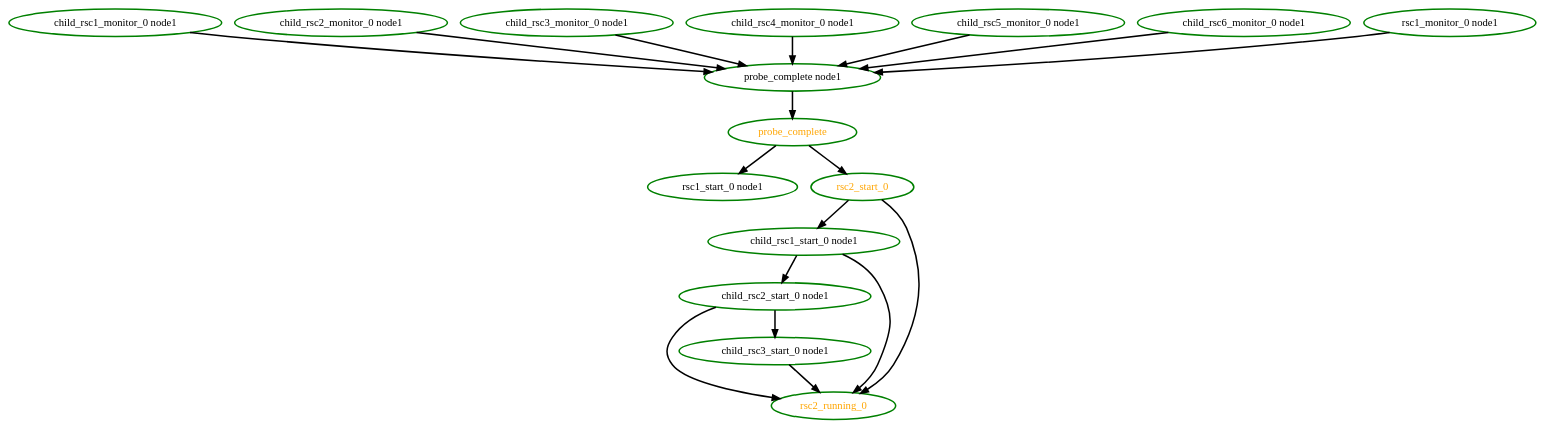
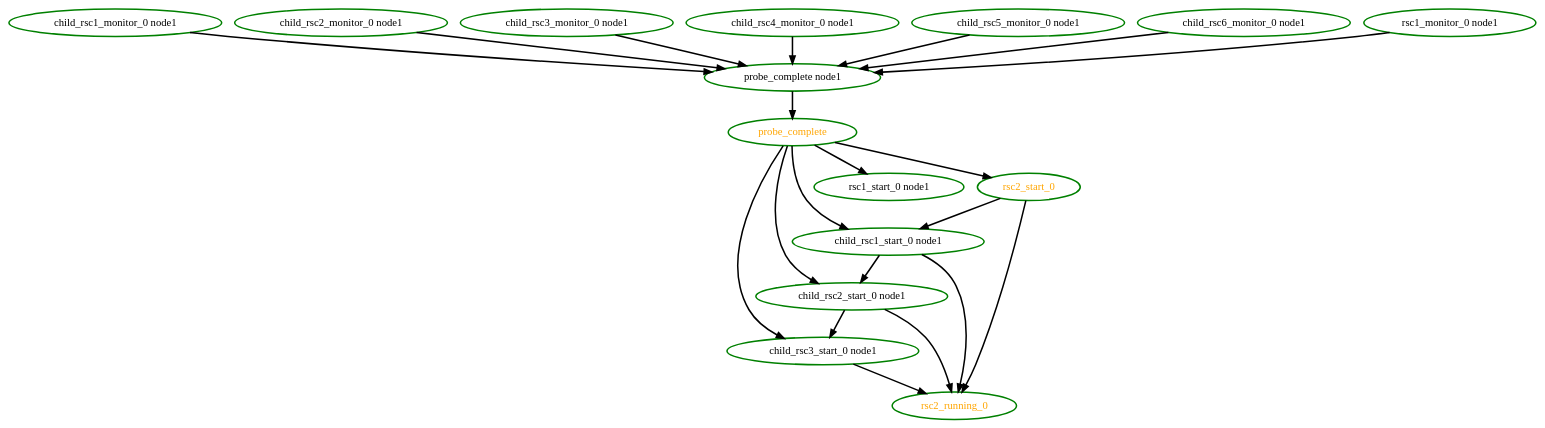
One commit to linux-ha-japan/pm_diskd changed the diagram in pengine/testcases/group8.dot. Above: the diagram before and after it, drawn with Graphviz. The commit also changed 57 other files, not shown here.

```diff
--- a/pengine/testcases/group8.dot
+++ b/pengine/testcases/group8.dot
@@ -1,34 +1,37 @@
  digraph "g" {
 "child_rsc1_monitor_0 node1" -> "probe_complete node1" [ style = bold]
 "child_rsc1_monitor_0 node1" [ style=bold color="green" fontcolor="black" ]
 "child_rsc1_start_0 node1" -> "child_rsc2_start_0 node1" [ style = bold]
 "child_rsc1_start_0 node1" -> "rsc2_running_0" [ style = bold]
 "child_rsc1_start_0 node1" [ style=bold color="green" fontcolor="black" ]
 "child_rsc2_monitor_0 node1" -> "probe_complete node1" [ style = bold]
 "child_rsc2_monitor_0 node1" [ style=bold color="green" fontcolor="black" ]
 "child_rsc2_start_0 node1" -> "child_rsc3_start_0 node1" [ style = bold]
 "child_rsc2_start_0 node1" -> "rsc2_running_0" [ style = bold]
 "child_rsc2_start_0 node1" [ style=bold color="green" fontcolor="black" ]
 "child_rsc3_monitor_0 node1" -> "probe_complete node1" [ style = bold]
 "child_rsc3_monitor_0 node1" [ style=bold color="green" fontcolor="black" ]
 "child_rsc3_start_0 node1" -> "rsc2_running_0" [ style = bold]
 "child_rsc3_start_0 node1" [ style=bold color="green" fontcolor="black" ]
 "child_rsc4_monitor_0 node1" -> "probe_complete node1" [ style = bold]
 "child_rsc4_monitor_0 node1" [ style=bold color="green" fontcolor="black" ]
 "child_rsc5_monitor_0 node1" -> "probe_complete node1" [ style = bold]
 "child_rsc5_monitor_0 node1" [ style=bold color="green" fontcolor="black" ]
 "child_rsc6_monitor_0 node1" -> "probe_complete node1" [ style = bold]
 "child_rsc6_monitor_0 node1" [ style=bold color="green" fontcolor="black" ]
 "probe_complete node1" -> "probe_complete" [ style = bold]
 "probe_complete node1" [ style=bold color="green" fontcolor="black" ]
+"probe_complete" -> "child_rsc1_start_0 node1" [ style = bold]
+"probe_complete" -> "child_rsc2_start_0 node1" [ style = bold]
+"probe_complete" -> "child_rsc3_start_0 node1" [ style = bold]
 "probe_complete" -> "rsc1_start_0 node1" [ style = bold]
 "probe_complete" -> "rsc2_start_0" [ style = bold]
 "probe_complete" [ style=bold color="green" fontcolor="orange" ]
 "rsc1_monitor_0 node1" -> "probe_complete node1" [ style = bold]
 "rsc1_monitor_0 node1" [ style=bold color="green" fontcolor="black" ]
 "rsc1_start_0 node1" [ style=bold color="green" fontcolor="black" ]
 "rsc2_running_0" [ style=bold color="green" fontcolor="orange" ]
 "rsc2_start_0" -> "child_rsc1_start_0 node1" [ style = bold]
 "rsc2_start_0" -> "rsc2_running_0" [ style = bold]
 "rsc2_start_0" [ style=bold color="green" fontcolor="orange" ]
 }
```
